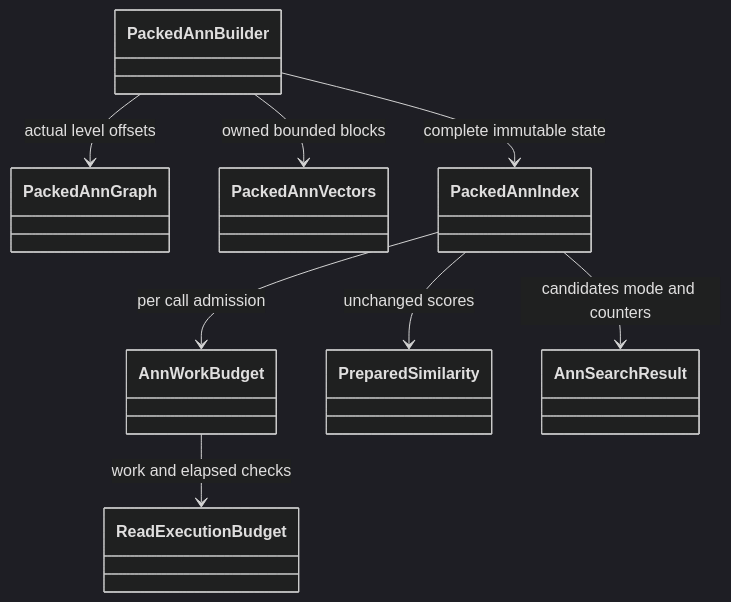
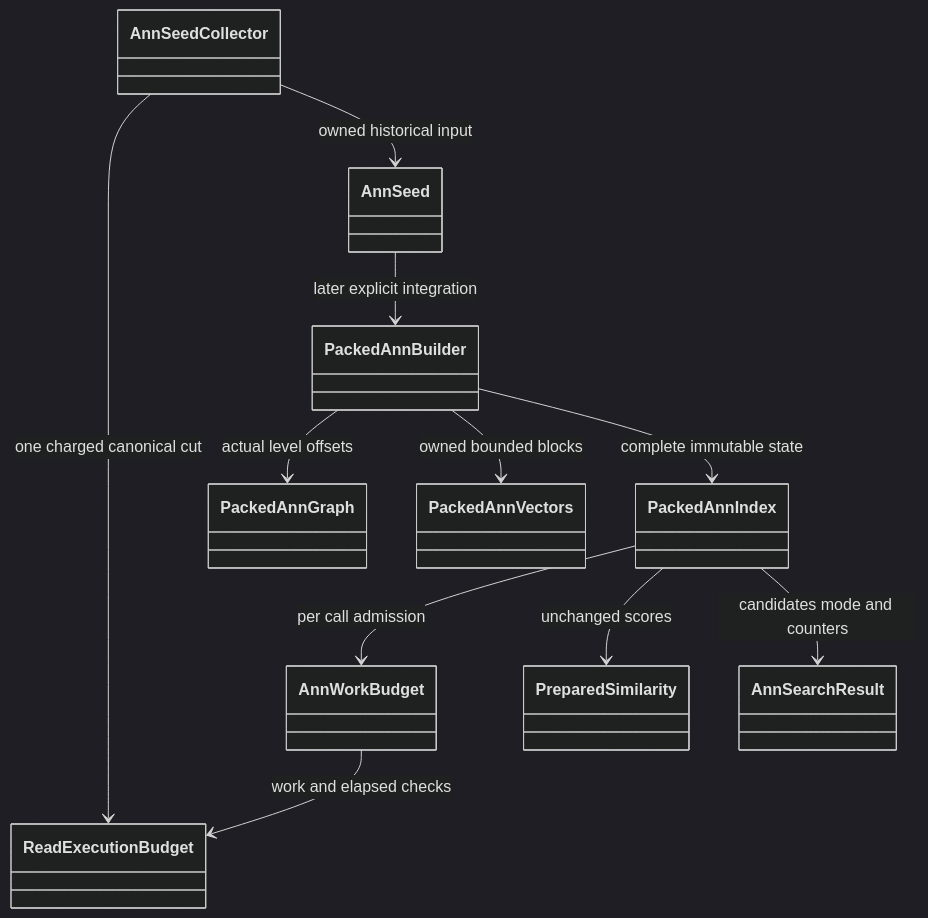
Diagram 44 of 45 in docs/Architecture.md (managedcode/KeyLoad), drawn with Mermaid (dark theme) before and after one commit. The commit also changed other lines of this file and 28 other files, not shown here.

Commit message:
Implement bounded canonical ANN seed and consume native Graph repair

````diff
--- a/docs/Architecture.md
+++ b/docs/Architecture.md
@@ -1016,10 +1029,13 @@
 ```mermaid
 classDiagram
+    AnnSeedCollector --> ReadExecutionBudget : one charged canonical cut
+    AnnSeedCollector --> AnnSeed : owned historical input
+    AnnSeed --> PackedAnnBuilder : later explicit integration
     AnnWorkBudget --> ReadExecutionBudget : work and elapsed checks
     PackedAnnBuilder --> PackedAnnGraph : actual level offsets
     PackedAnnBuilder --> PackedAnnVectors : owned bounded blocks
     PackedAnnBuilder --> PackedAnnIndex : complete immutable state
     PackedAnnIndex --> AnnWorkBudget : per call admission
     PackedAnnIndex --> PreparedSimilarity : unchanged scores
     PackedAnnIndex --> AnnSearchResult : candidates mode and counters
 ```
````
